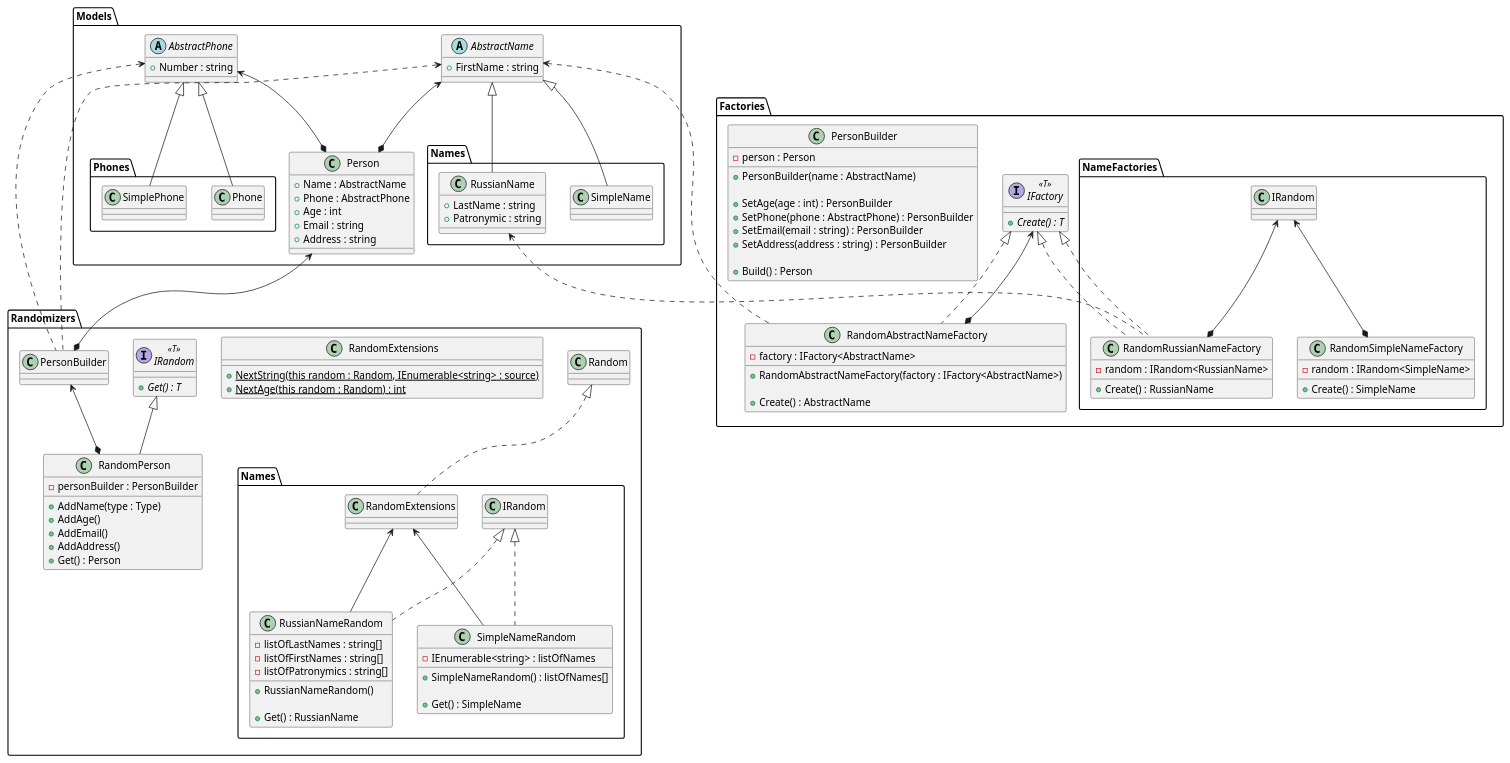
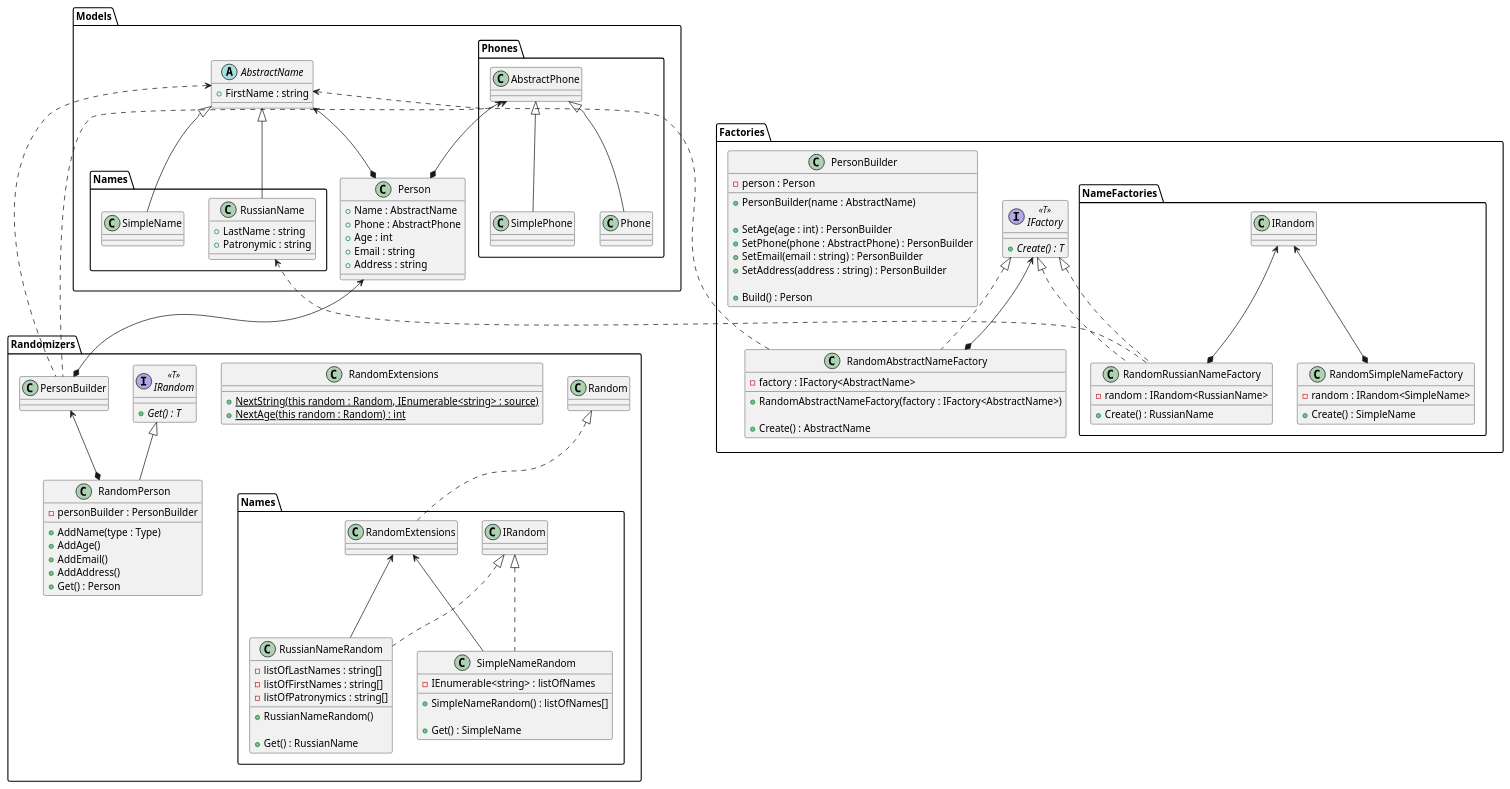
The diagram in FakePerson.lib/class_diagram.puml (GhettoRogue/FakePerson), drawn with PlantUML before and after one commit.

```diff
--- a/FakePerson.lib/class_diagram.puml
+++ b/FakePerson.lib/class_diagram.puml
@@ -1,144 +1,140 @@
 @startuml
 'https://plantuml.com/class-diagram
 
 
 package Models {
     abstract class AbstractName {
         + FirstName : string
     }
     package Names {
         AbstractName <|-- RussianName
         class RussianName {
             + LastName : string
             + Patronymic : string
         }
         
         AbstractName <|-- SimpleName
         class SimpleName {}
-    }
-    
-    abstract class AbstractPhone {
-        + Number : string
     }
     
     package Phones {
         AbstractPhone <|-- SimplePhone
         class SimplePhone {}
         
         AbstractPhone <|-- Phone
         class SimplePhone{ }
     }
     
     AbstractName <--* Person
     AbstractPhone <--* Person
     class Person {
         + Name : AbstractName
         + Phone : AbstractPhone
         + Age : int
         + Email : string
         + Address : string
     }
 }
 
 package Randomizers{
     package Names{
         IRandom <|.. RussianNameRandom
         RandomExtensions <-- RussianNameRandom
         class RussianNameRandom {
             - listOfLastNames : string[]
             - listOfFirstNames : string[]
             - listOfPatronymics : string[]
             
             + RussianNameRandom()
             
             + Get() : RussianName
         }
         
         IRandom <|.. SimpleNameRandom
         RandomExtensions <-- SimpleNameRandom
         class SimpleNameRandom {
             - IEnumerable<string> : listOfNames
             
             + SimpleNameRandom() : listOfNames[]
             
             + Get() : SimpleName
         }
         
     }
     Random <|.. RandomExtensions
     class RandomExtensions {
         + {static} NextString(this random : Random, IEnumerable<string> : source)
         + {static} NextAge(this random : Random) : int
     }
     
     interface IRandom<<T>>
     {
         + {abstract} Get() : T
     }
     
     IRandom <|-- RandomPerson
     PersonBuilder <--* RandomPerson
     class RandomPerson{
         - personBuilder : PersonBuilder
         + AddName(type : Type)
         + AddAge()
         + AddEmail()
         + AddAddress()
         + Get() : Person
     }
 }
 
 
 
 package Factories {
     interface IFactory <<T>> {
         + {abstract} Create() : T
     }
     
     AbstractPhone <.. PersonBuilder
         AbstractName <.. PersonBuilder
         Person <--* PersonBuilder
         class PersonBuilder {
             - person : Person
             + PersonBuilder(name : AbstractName)
             
             + SetAge(age : int) : PersonBuilder
             + SetPhone(phone : AbstractPhone) : PersonBuilder
             + SetEmail(email : string) : PersonBuilder
             + SetAddress(address : string) : PersonBuilder
             
             + Build() : Person
         }
     
     AbstractName <.. RandomAbstractNameFactory
     IFactory <|.. RandomAbstractNameFactory
     IFactory <--* RandomAbstractNameFactory
     class RandomAbstractNameFactory {
         - factory : IFactory<AbstractName>
         
         + RandomAbstractNameFactory(factory : IFactory<AbstractName>)
         
         + Create() : AbstractName
     }
     
     package NameFactories {
         
         RussianName <.. RandomRussianNameFactory
         IFactory <|.. RandomRussianNameFactory
         IRandom <--* RandomRussianNameFactory
         class RandomRussianNameFactory {
             - random : IRandom<RussianName>
             + Create() : RussianName
         }
         
         IFactory <|.. RandomRussianNameFactory
         IRandom <--* RandomSimpleNameFactory
         class RandomSimpleNameFactory{
         - random : IRandom<SimpleName>
         + Create() : SimpleName
         }
     }
 }
 
 
 @enduml
```
